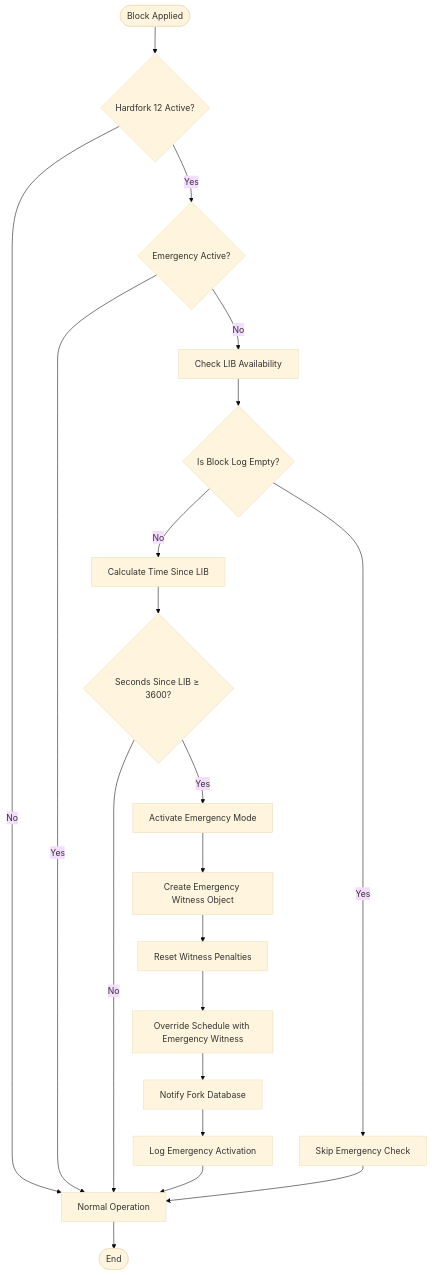
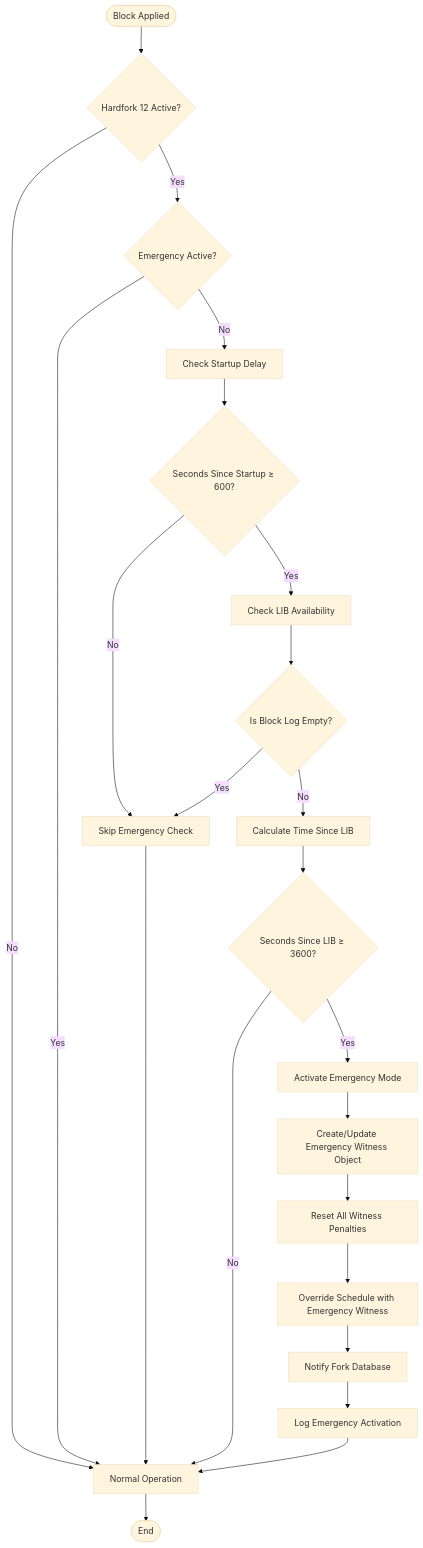
The third of 8 diagrams in .qoder/repowiki/en/content/Core Libraries/Emergency Consensus System.md (VIZ-Blockchain/viz-cpp-node), drawn with Mermaid (base theme) before and after one commit. The commit also changed other lines of this file and 3 other files, not shown here.

````diff
--- a/.qoder/repowiki/en/content/Core Libraries/Emergency Consensus System.md
+++ b/.qoder/repowiki/en/content/Core Libraries/Emergency Consensus System.md
@@ -173,22 +183,25 @@
 ```mermaid
 flowchart TD
 Start([Block Applied]) --> CheckHF{"Hardfork 12 Active?"}
 CheckHF --> |No| Normal[Normal Operation]
 CheckHF --> |Yes| CheckActive{"Emergency Active?"}
 CheckActive --> |Yes| Normal
-CheckActive --> |No| CheckLIB["Check LIB Availability"]
+CheckActive --> |No| CheckStartup["Check Startup Delay"]
+CheckStartup --> CheckDelay{"Seconds Since Startup ≥ 600?"}
+CheckDelay --> |No| SkipCheck["Skip Emergency Check"]
+CheckDelay --> |Yes| CheckLIB["Check LIB Availability"]
 CheckLIB --> CheckEmpty{"Is Block Log Empty?"}
-CheckEmpty --> |Yes| SkipCheck["Skip Emergency Check"]
+CheckEmpty --> |Yes| SkipCheck
 CheckEmpty --> |No| CalcTime["Calculate Time Since LIB"]
 CalcTime --> CheckTimeout{"Seconds Since LIB ≥ 3600?"}
 CheckTimeout --> |No| Normal
 CheckTimeout --> |Yes| Activate["Activate Emergency Mode"]
-Activate --> CreateWitness["Create Emergency Witness Object"]
-CreateWitness --> ResetPenalties["Reset Witness Penalties"]
+Activate --> CreateWitness["Create/Update Emergency Witness Object"]
+CreateWitness --> ResetPenalties["Reset All Witness Penalties"]
 ResetPenalties --> OverrideSchedule["Override Schedule with Emergency Witness"]
 OverrideSchedule --> NotifyFork["Notify Fork Database"]
 NotifyFork --> LogEvent["Log Emergency Activation"]
 LogEvent --> Normal
 SkipCheck --> Normal
 Normal --> End([End])
 ```
````
